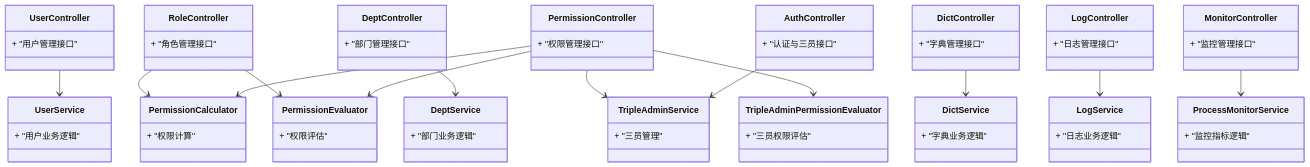
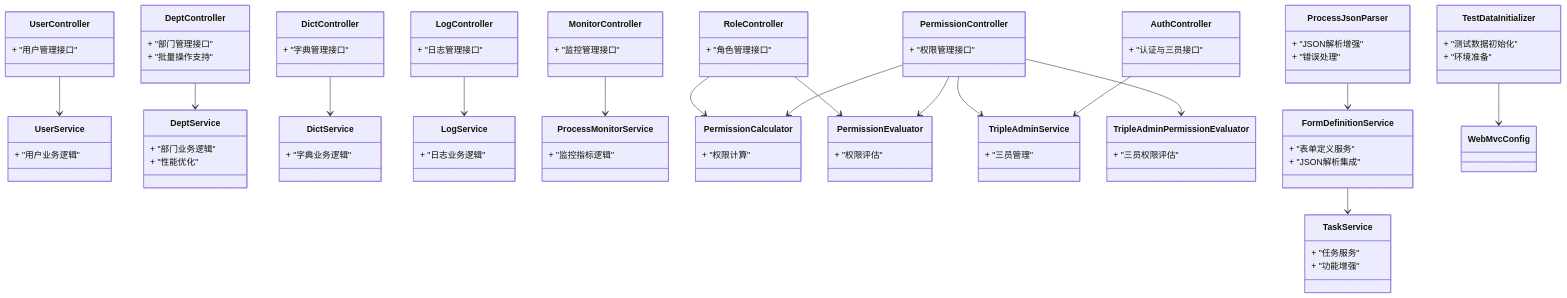
One commit to liming-lihaini/workflow changed the third of 4 diagrams in .qoder/repowiki/zh/content/API接口文档/系统管理API.md. Above: the diagram before and after it, drawn with Mermaid. The commit also changed other lines of this file and 25 other files, not shown here.

````diff
--- a/.qoder/repowiki/zh/content/API接口文档/系统管理API.md
+++ b/.qoder/repowiki/zh/content/API接口文档/系统管理API.md
@@ -478,6 +561,7 @@
 }
 class DeptController {
 + "部门管理接口"
++ "批量操作支持"
 }
 class PermissionController {
 + "权限管理接口"
@@ -494,11 +578,20 @@
 class AuthController {
 + "认证与三员接口"
 }
+class TestDataInitializer {
++ "测试数据初始化"
++ "环境准备"
+}
+class ProcessJsonParser {
++ "JSON解析增强"
++ "错误处理"
+}
 class UserService {
 + "用户业务逻辑"
 }
 class DeptService {
 + "部门业务逻辑"
++ "性能优化"
 }
 class DictService {
 + "字典业务逻辑"
@@ -521,6 +614,14 @@
 class TripleAdminPermissionEvaluator {
 + "三员权限评估"
 }
+class FormDefinitionService {
++ "表单定义服务"
++ "JSON解析集成"
+}
+class TaskService {
++ "任务服务"
++ "功能增强"
+}
 UserController --> UserService
 RoleController --> PermissionCalculator
 RoleController --> PermissionEvaluator
@@ -533,4 +634,7 @@
 PermissionController --> TripleAdminService
 PermissionController --> TripleAdminPermissionEvaluator
 AuthController --> TripleAdminService
+TestDataInitializer --> WebMvcConfig
+ProcessJsonParser --> FormDefinitionService
+FormDefinitionService --> TaskService
 ```
````
